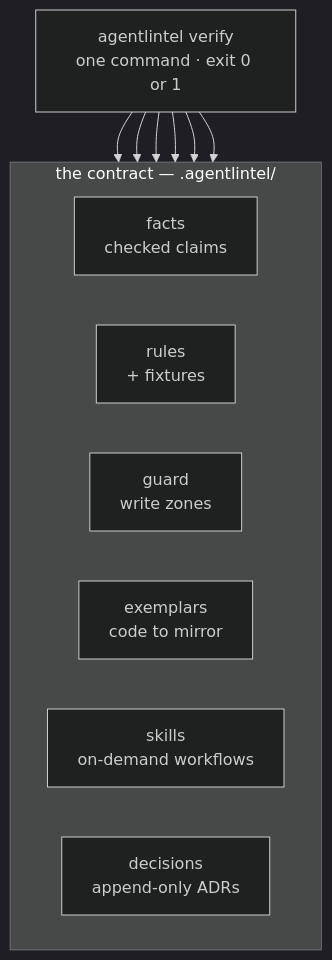
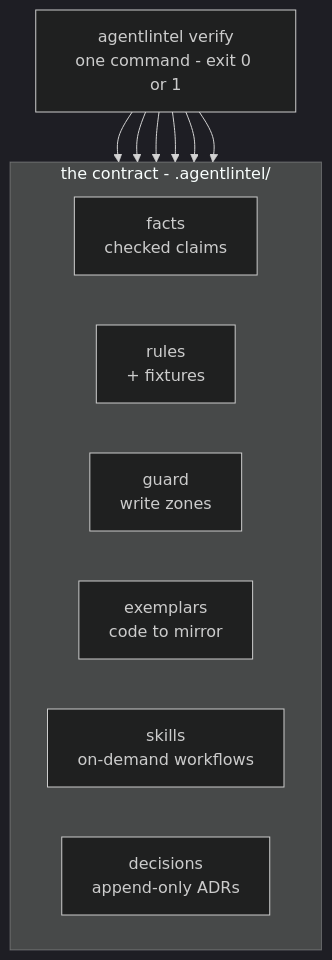
The second of 2 diagrams in README.md (lishan-fernando/AGENTLINTEL), drawn with Mermaid (dark theme) before and after one commit. The commit also changed other lines of this file, not shown here.

Commit message:
Fix Mermaid diagrams in README

````diff
--- a/README.md
+++ b/README.md
@@ -139,14 +147,21 @@
 ```mermaid
 flowchart TB
-    V["agentlintel verify<br>one command · exit 0 or 1"]
-    subgraph K["the contract — .agentlintel/"]
+    V["agentlintel verify<br/>one command - exit 0 or 1"]
+
+    subgraph K["the contract - .agentlintel/"]
         direction LR
-        F["facts<br>checked claims"]
-        R["rules<br>+ fixtures"]
-        G["guard<br>write zones"]
-        E["exemplars<br>code to mirror"]
-        S["skills<br>on-demand workflows"]
-        D["decisions<br>append-only ADRs"]
+        F["facts<br/>checked claims"]
+        R["rules<br/>+ fixtures"]
+        G["guard<br/>write zones"]
+        E["exemplars<br/>code to mirror"]
+        S["skills<br/>on-demand workflows"]
+        D["decisions<br/>append-only ADRs"]
     end
-    V --> F & R & G & E & S & D
+
+    V --> F
+    V --> R
+    V --> G
+    V --> E
+    V --> S
+    V --> D
 ```
````
